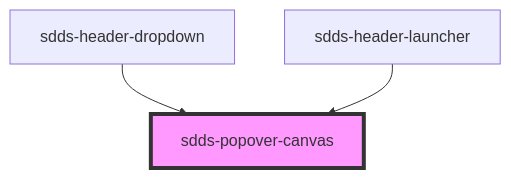
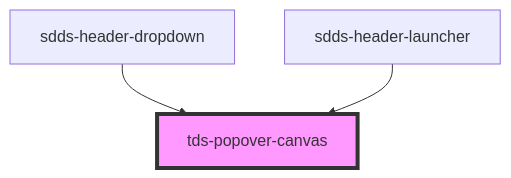
The diagram in core/src/components/popover-canvas/readme.md (scania-digital-design-system/tegel), drawn with Mermaid before and after one commit. The commit also changed other lines of this file and 25 other files, not shown here.

````diff
--- a/core/src/components/popover-canvas/readme.md
+++ b/core/src/components/popover-canvas/readme.md
@@ -29,6 +29,6 @@
 ```mermaid
 graph TD;
-  sdds-header-dropdown --> sdds-popover-canvas
-  sdds-header-launcher --> sdds-popover-canvas
-  style sdds-popover-canvas fill:#f9f,stroke:#333,stroke-width:4px
+  sdds-header-dropdown --> tds-popover-canvas
+  sdds-header-launcher --> tds-popover-canvas
+  style tds-popover-canvas fill:#f9f,stroke:#333,stroke-width:4px
 ```
````
